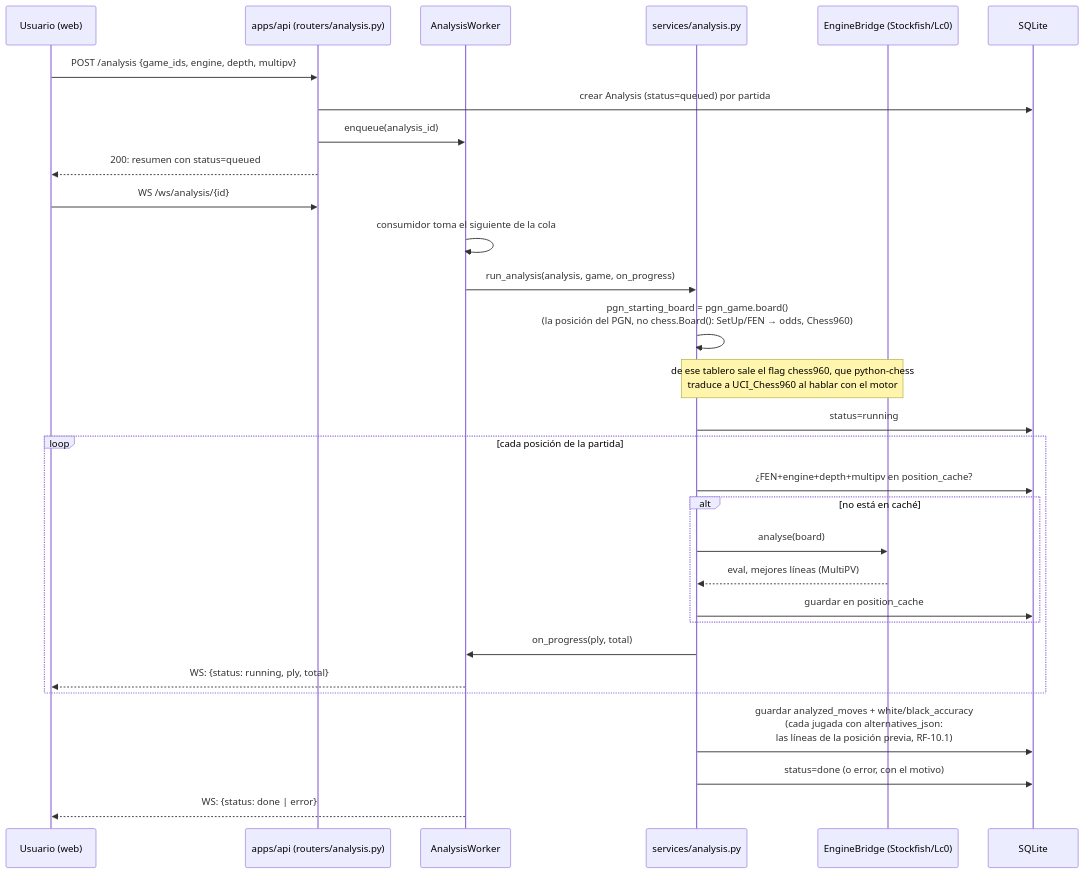
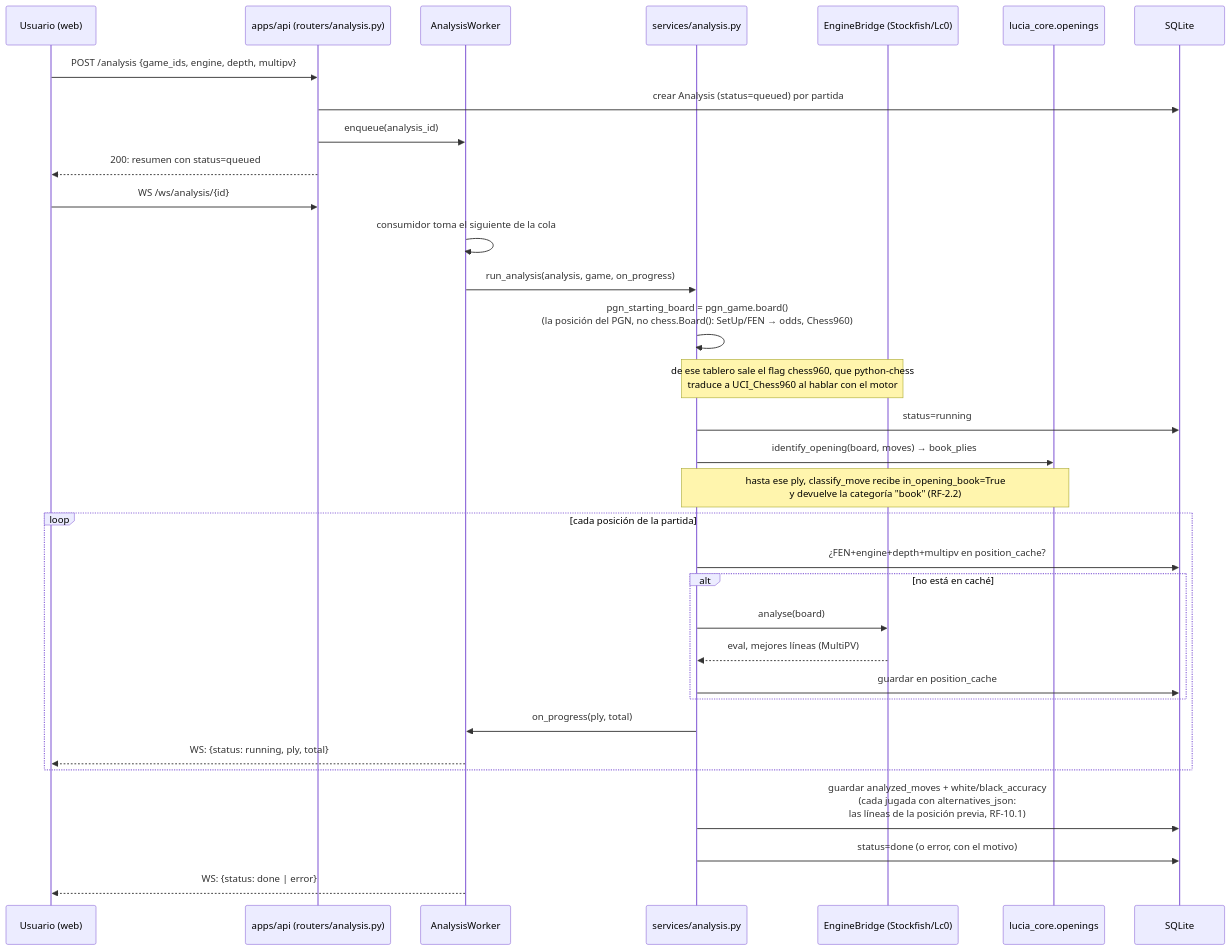
Before and after one commit to SirJsus/LUCIA: the fourth of 7 diagrams in docs/06-mapa-del-proyecto.md, drawn with Mermaid. The commit also changed other lines of this file and 42 other files, not shown here.

````diff
--- a/docs/06-mapa-del-proyecto.md
+++ b/docs/06-mapa-del-proyecto.md
@@ -157,34 +191,37 @@
 ```mermaid
 sequenceDiagram
     participant U as Usuario (web)
     participant A as apps/api (routers/analysis.py)
     participant WK as AnalysisWorker
     participant S as services/analysis.py
     participant E as EngineBridge (Stockfish/Lc0)
+    participant O as lucia_core.openings
     participant DB as SQLite
 
     U->>A: POST /analysis {game_ids, engine, depth, multipv}
     A->>DB: crear Analysis (status=queued) por partida
     A->>WK: enqueue(analysis_id)
     A-->>U: 200: resumen con status=queued
 
     U->>A: WS /ws/analysis/{id}
     WK->>WK: consumidor toma el siguiente de la cola
     WK->>S: run_analysis(analysis, game, on_progress)
     S->>S: pgn_starting_board = pgn_game.board()<br/>(la posición del PGN, no chess.Board(): SetUp/FEN → odds, Chess960)
     Note over S,E: de ese tablero sale el flag chess960, que python-chess<br/>traduce a UCI_Chess960 al hablar con el motor
     S->>DB: status=running
+    S->>O: identify_opening(board, moves) → book_plies
+    Note over S,O: hasta ese ply, classify_move recibe in_opening_book=True<br/>y devuelve la categoría "book" (RF-2.2)
     loop cada posición de la partida
         S->>DB: ¿FEN+engine+depth+multipv en position_cache?
         alt no está en caché
             S->>E: analyse(board)
             E-->>S: eval, mejores líneas (MultiPV)
             S->>DB: guardar en position_cache
         end
         S->>WK: on_progress(ply, total)
         WK-->>U: WS: {status: running, ply, total}
     end
     S->>DB: guardar analyzed_moves + white/black_accuracy<br/>(cada jugada con alternatives_json:<br/>las líneas de la posición previa, RF-10.1)
     S->>DB: status=done (o error, con el motivo)
     WK-->>U: WS: {status: done | error}
 ```
````
